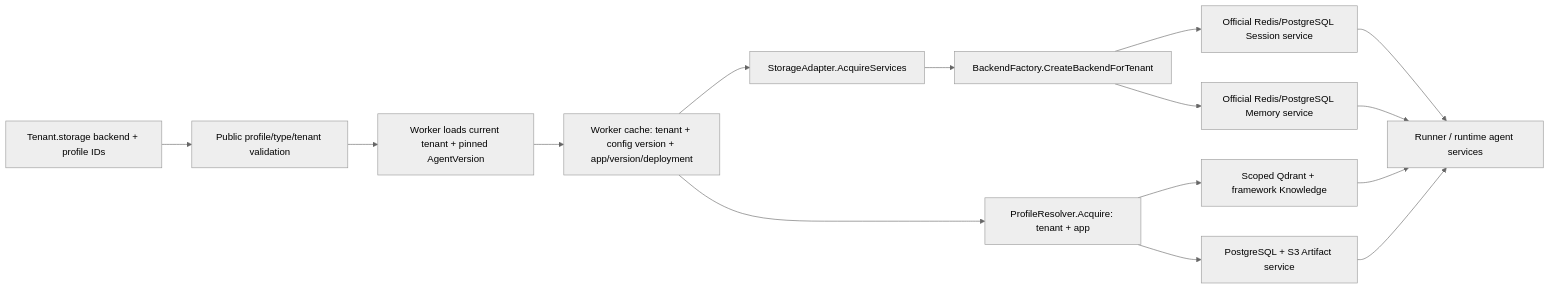
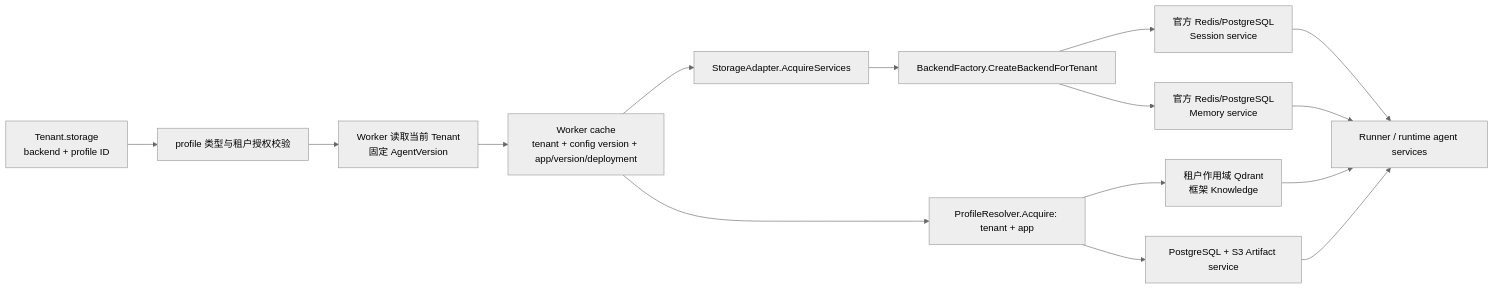
The diagram in docs/MULTI_BACKEND_DESIGN.md (ltyfulan9/trpc-agent-service), drawn with Mermaid (neutral theme) before and after one commit. The commit also changed other lines of this file and 14 other files, not shown here.

Commit message:
Refine architecture documentation and verify cross-backend tenant composition

````diff
--- a/docs/MULTI_BACKEND_DESIGN.md
+++ b/docs/MULTI_BACKEND_DESIGN.md
@@ -116,17 +124,17 @@
 ```mermaid
 flowchart LR
-    T["Tenant.storage backend + profile IDs"] --> V["Public profile/type/tenant validation"]
-    V --> W["Worker loads current tenant + pinned AgentVersion"]
-    W --> C["Worker cache: tenant + config version + app/version/deployment"]
+    T["Tenant.storage<br/>backend + profile ID"] --> V["profile 类型与租户授权校验"]
+    V --> W["Worker 读取当前 Tenant<br/>固定 AgentVersion"]
+    W --> C["Worker cache<br/>tenant + config version + app/version/deployment"]
     C --> S["StorageAdapter.AcquireServices"]
     S --> F["BackendFactory.CreateBackendForTenant"]
-    F --> SS["Official Redis/PostgreSQL Session service"]
-    F --> MS["Official Redis/PostgreSQL Memory service"]
+    F --> SS["官方 Redis/PostgreSQL<br/>Session service"]
+    F --> MS["官方 Redis/PostgreSQL<br/>Memory service"]
     C --> DP["ProfileResolver.Acquire: tenant + app"]
-    DP --> K["Scoped Qdrant + framework Knowledge"]
+    DP --> K["租户作用域 Qdrant<br/>框架 Knowledge"]
     DP --> A["PostgreSQL + S3 Artifact service"]
     SS --> R["Runner / runtime agent services"]
     MS --> R
     K --> R
     A --> R
 ```
````
